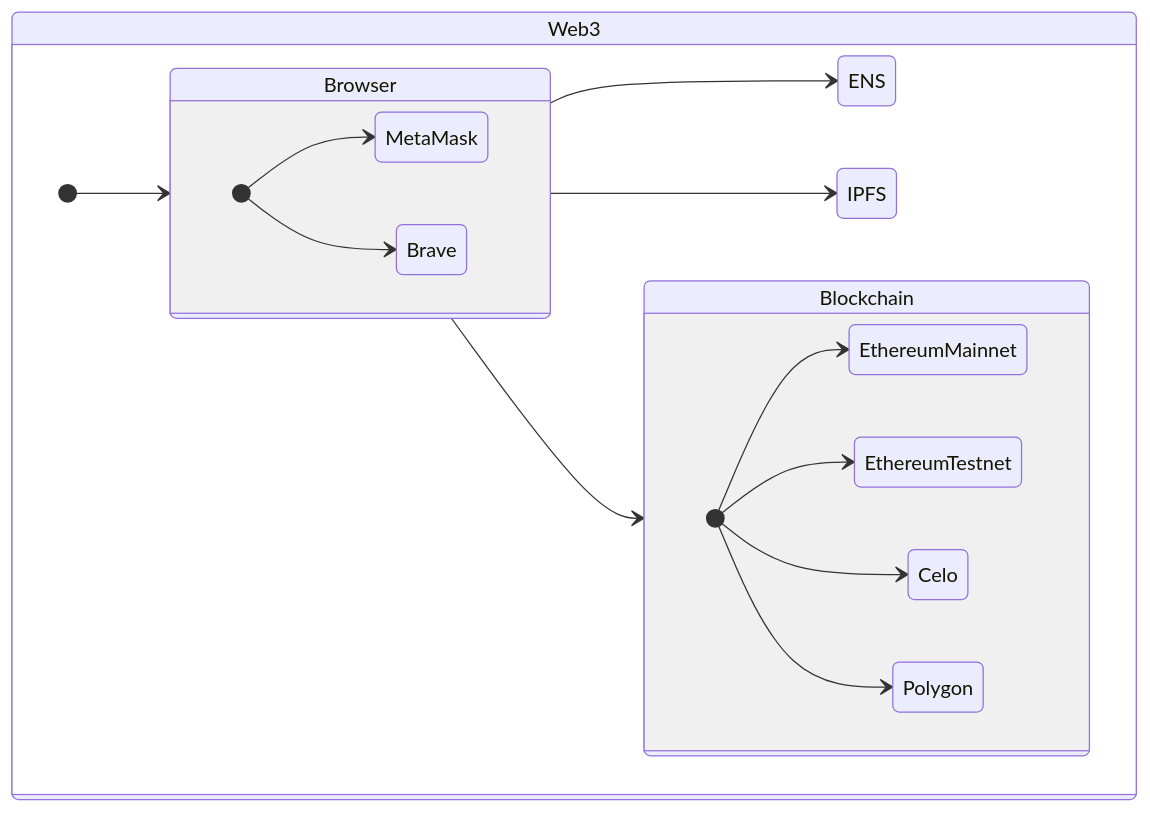
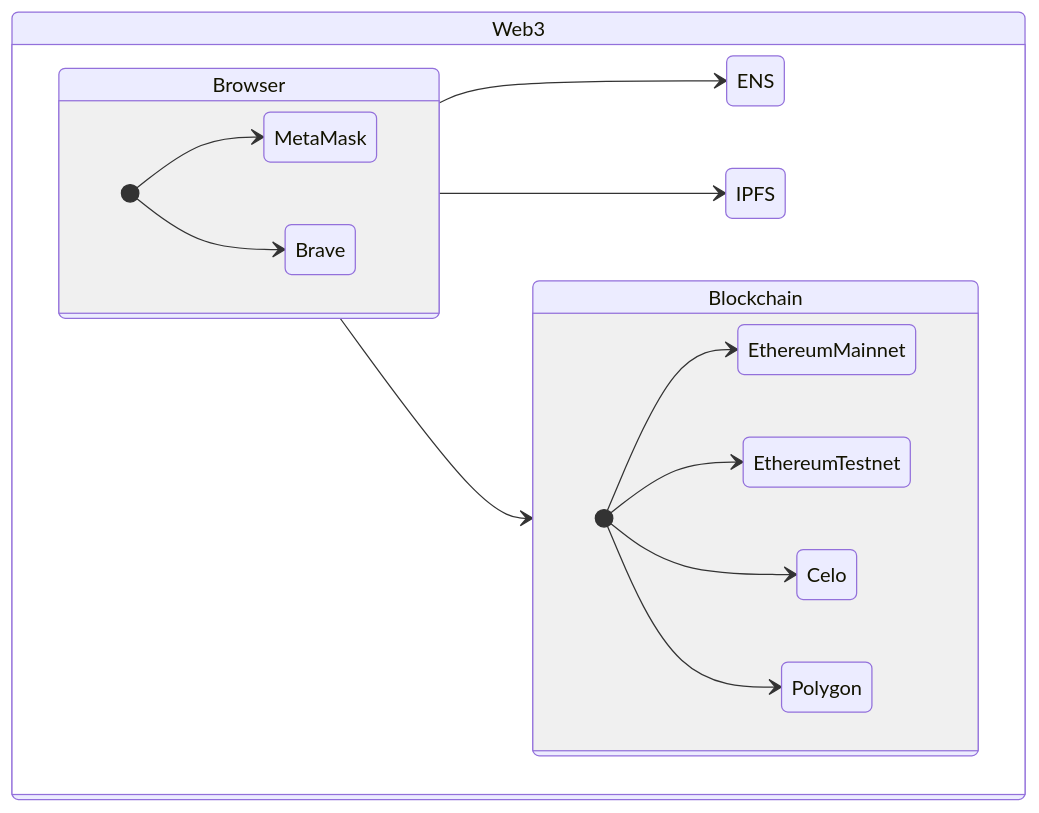
Before and after one commit to maximilianou/weekly61: the diagram in README.md, drawn with Mermaid. The commit also changed other lines of this file, not shown here.

Commit message:
feat(diag): diagrame mermaid blockchain L1 L2 markdown

````diff
--- a/README.md
+++ b/README.md
@@ -42,23 +42,22 @@
 ```mermaid
 stateDiagram-v2
     state Web3 {
         direction LR
-        [*] --> Browser 
         state Browser {
             direction LR
             [*] --> MetaMask
             [*] --> Brave
         }
         Browser --> ENS
         Browser --> IPFS
         Browser --> Blockchain
         state Blockchain {
             direction LR
             [*] --> EthereumMainnet
             [*] --> EthereumTestnet
             [*] --> Celo
             [*] --> Polygon
         }
         
     }           
 ```
````
